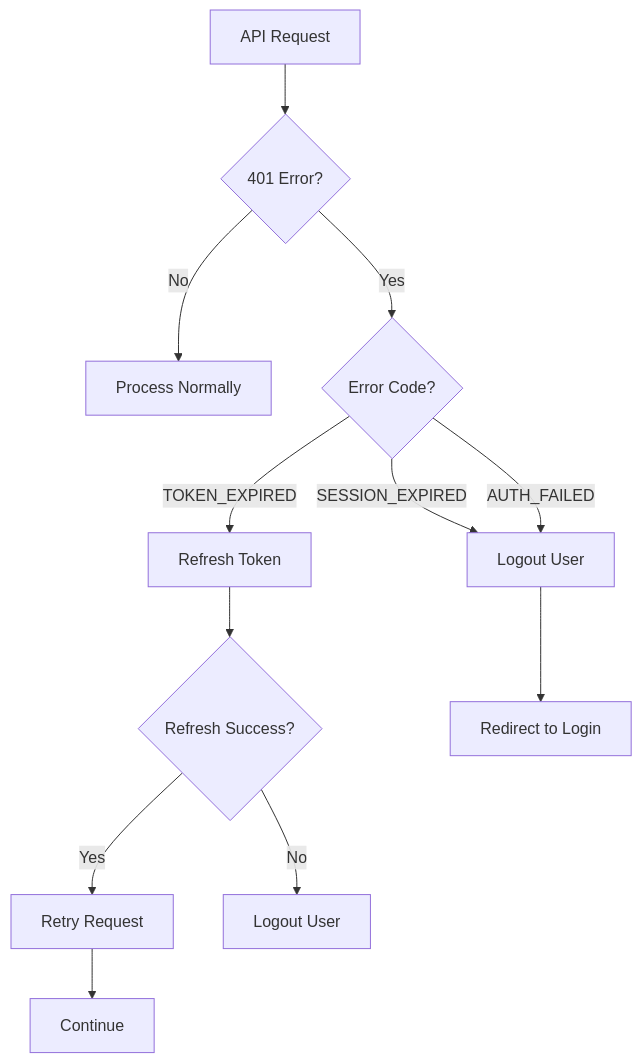
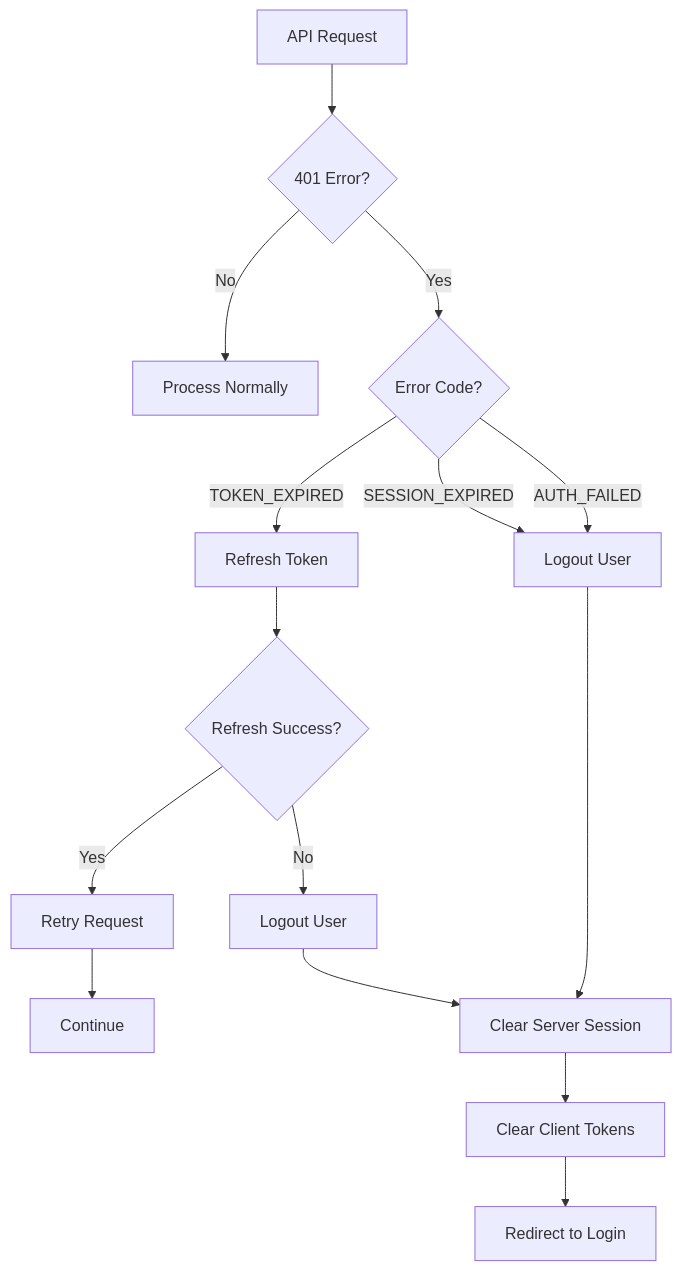
Before and after one commit to HOBT0R/rapidraptor.auth: the third of 4 diagrams in solution-design-session-management.md, drawn with Mermaid. The commit also changed other lines of this file and 32 other files, not shown here.

````diff
--- a/solution-design-session-management.md
+++ b/solution-design-session-management.md
@@ -274,14 +303,17 @@
 ```mermaid
 graph TD
     A[API Request] --> B{401 Error?}
     B -->|No| C[Process Normally]
     B -->|Yes| D{Error Code?}
     D -->|TOKEN_EXPIRED| E[Refresh Token]
     E --> F{Refresh Success?}
     F -->|Yes| G[Retry Request]
     F -->|No| H[Logout User]
     D -->|SESSION_EXPIRED| I[Logout User]
     D -->|AUTH_FAILED| I
     G --> J[Continue]
-    I --> K[Redirect to Login]
+    H --> L[Clear Server Session]
+    I --> L
+    L --> M[Clear Client Tokens]
+    M --> K[Redirect to Login]
 ```
````
